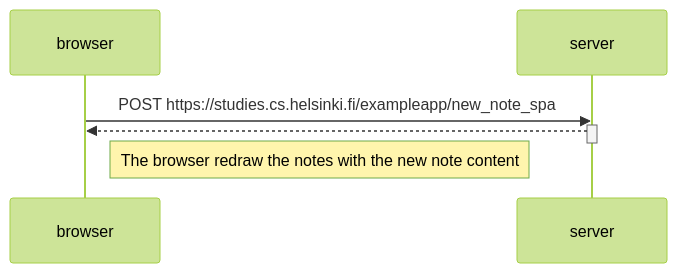
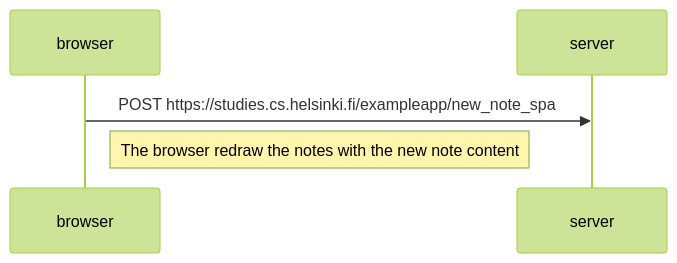
One commit to gcosta815/fullstackopen changed the diagram in part0/0.6/new_note_in_single_page_app_diagram.md. Above: the diagram before and after it, drawn with Mermaid (forest theme).

````diff
--- a/part0/0.6/new_note_in_single_page_app_diagram.md
+++ b/part0/0.6/new_note_in_single_page_app_diagram.md
@@ -1,12 +1,10 @@
 ```mermaid
 sequenceDiagram;
   participant browser;
   participant server;
 
   browser->>server: POST https://studies.cs.helsinki.fi/exampleapp/new_note_spa;
   activate server;
-  server-->>browser: 
-  deactivate server
 
   Note right of browser: The browser redraw the notes with the new note content
 ```
````
